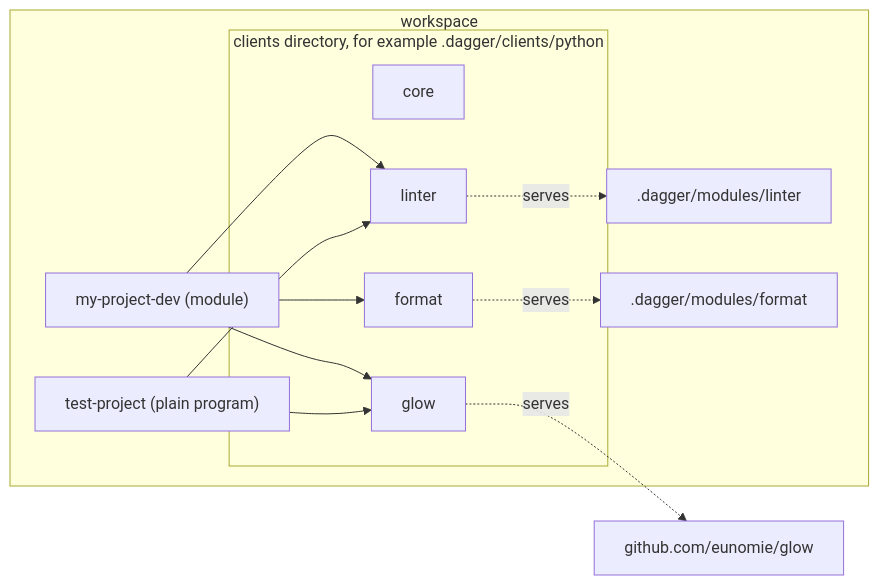
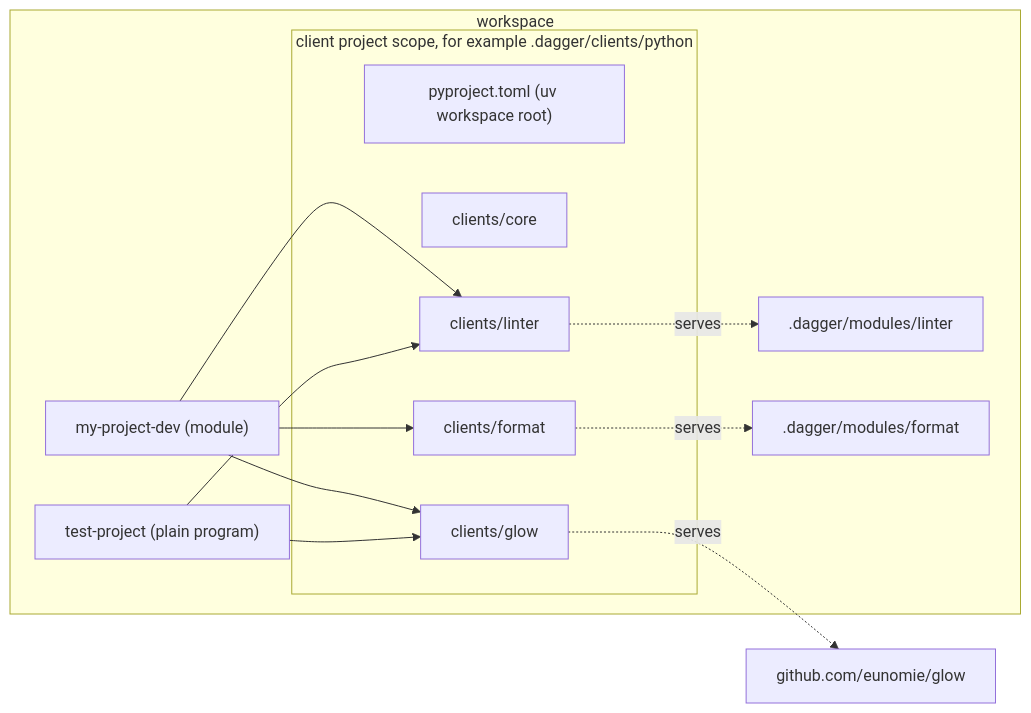
One commit to dagger/python-sdk changed the second of 3 diagrams in hack/designs/2026-09-15-unified-clients.md. Above: the diagram before and after it, drawn with Mermaid. The commit also changed other lines of this file, not shown here.

First line of the commit message:
hack/designs: unified clients revision 3

````diff
--- a/hack/designs/2026-09-15-unified-clients.md
+++ b/hack/designs/2026-09-15-unified-clients.md
@@ -110,24 +124,25 @@
 ```mermaid
 graph LR
   subgraph WS["workspace"]
     MOD["my-project-dev (module)"]
     TP["test-project (plain program)"]
-    subgraph OUT["clients directory, for example .dagger/clients/python"]
-      CORE["core"]
-      L["linter"]
-      F["format"]
-      G["glow"]
+    subgraph SC["client project scope, for example .dagger/clients/python"]
+      ROOT["pyproject.toml (uv workspace root)"]
+      CORE["clients/core"]
+      L["clients/linter"]
+      F["clients/format"]
+      G["clients/glow"]
     end
     LM[".dagger/modules/linter"]
     FM[".dagger/modules/format"]
   end
   GLOW["github.com/eunomie/glow"]
   MOD --> L
   MOD --> F
   MOD --> G
   TP --> L
   TP --> G
   L -. serves .-> LM
   F -. serves .-> FM
   G -. serves .-> GLOW
 ```
````
